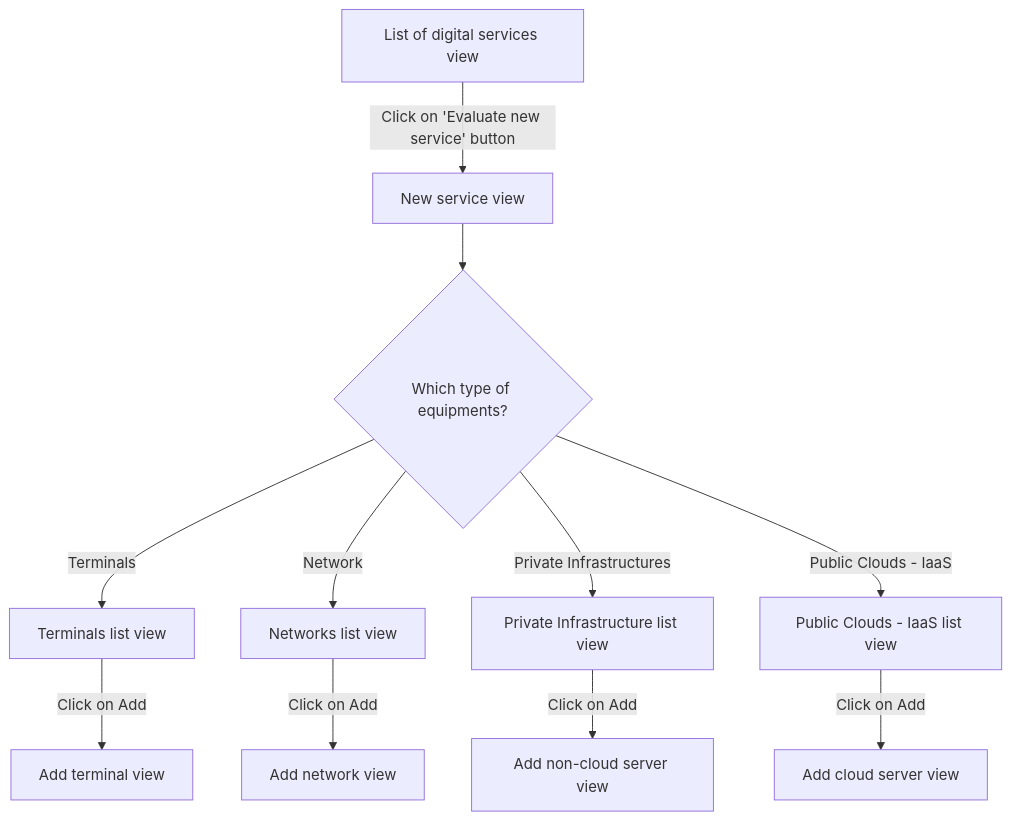
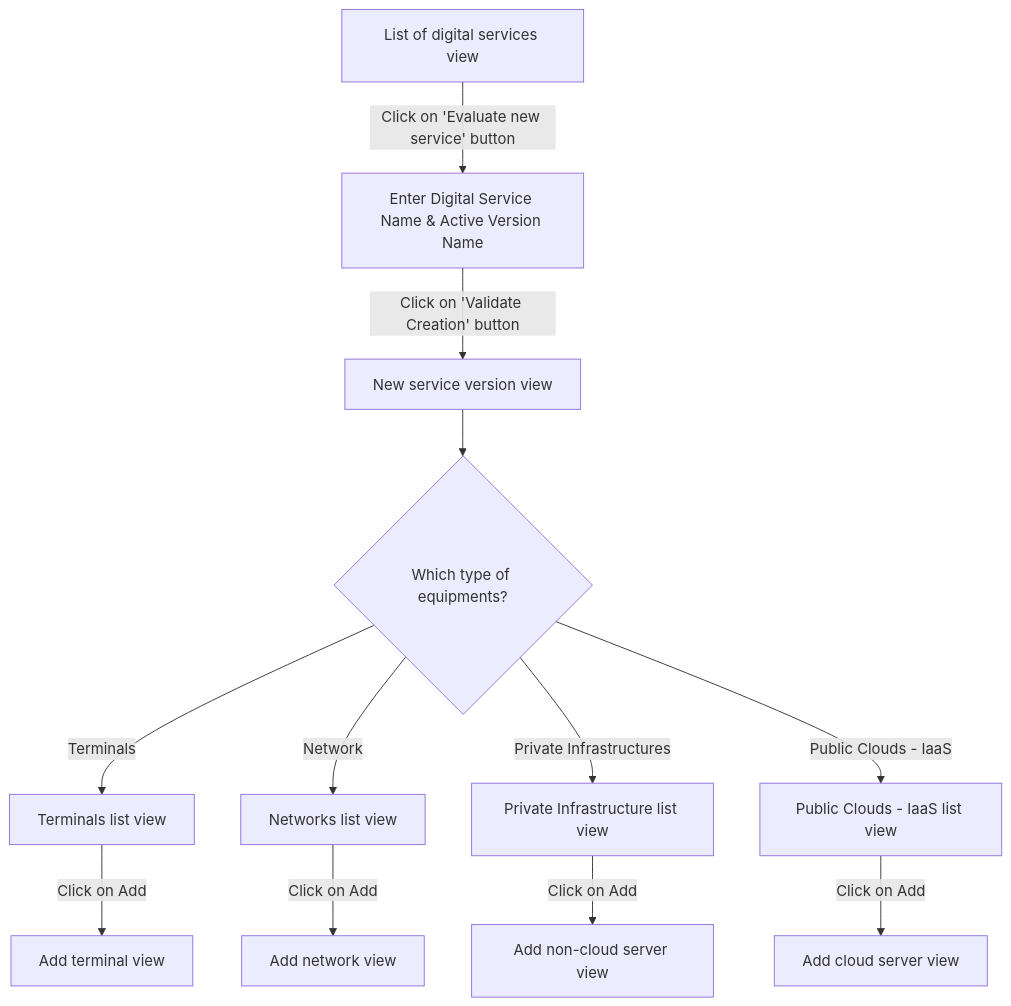
One commit to teamg4it/g4it changed the first of 2 diagrams in services/documentation/content/2-functional-documentation/use_cases/uc_digital_services/uc1_visualize_digital_services.md. Above: the diagram before and after it, drawn with Mermaid. The commit also changed other lines of this file and 34 other files, not shown here.

```diff
--- a/services/documentation/content/2-functional-documentation/use_cases/uc_digital_services/uc1_visualize_digital_services.md
+++ b/services/documentation/content/2-functional-documentation/use_cases/uc_digital_services/uc1_visualize_digital_services.md
@@ -29,12 +29,17 @@
-{{< mermaid align="center">}}
-graph TD;
-Step1[List of digital services view] -->|Click on 'Evaluate new service' button| Step2[New service view] -->Decision1{Which type of equipments?}
-Decision1 -->|Terminals| Step3[Terminals list view]
-Decision1 -->|Network| Step4[Networks list view]
-Decision1 -->|Private Infrastructures| Step5[Private Infrastructure list view]
-Decision1 -->|Public Clouds - IaaS| Step9[Public Clouds - IaaS list view]
-Step3 -->|Click on Add|Step6[Add terminal view]
-Step4 -->|Click on Add|Step7[Add network view]
-Step5 -->|Click on Add|Step8[Add non-cloud server view]
-Step9 -->|Click on Add|Step81[Add cloud server view]
+{{< mermaid align="center" >}}
+graph TD
+Step1[List of digital services view] -->|Click on 'Evaluate new service' button| Step2[Enter Digital Service Name & Active Version Name]
+Step2 -->|Click on 'Validate Creation' button| Step3[New service version view]
+
+    Step3 --> Decision1{Which type of equipments?}
+
+    Decision1 -->|Terminals| T1[Terminals list view]
+    Decision1 -->|Network| N1[Networks list view]
+    Decision1 -->|Private Infrastructures| PI1[Private Infrastructure list view]
+    Decision1 -->|Public Clouds - IaaS| PC1[Public Clouds - IaaS list view]
+
+    T1 -->|Click on Add| T2[Add terminal view]
+    N1 -->|Click on Add| N2[Add network view]
+    PI1 -->|Click on Add| PI2[Add non-cloud server view]
+    PC1 -->|Click on Add| PC2[Add cloud server view]
 {{< /mermaid >}}
```
